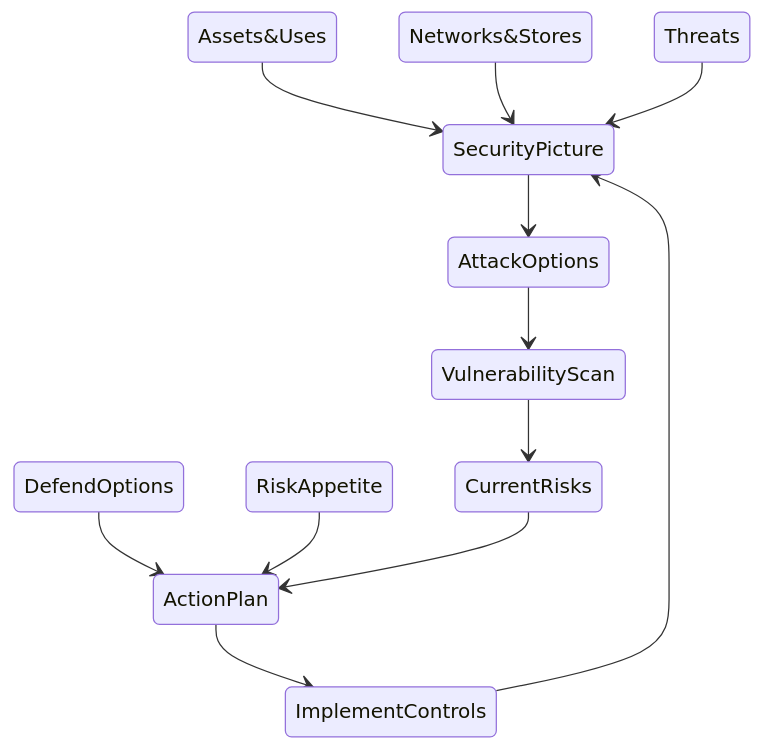
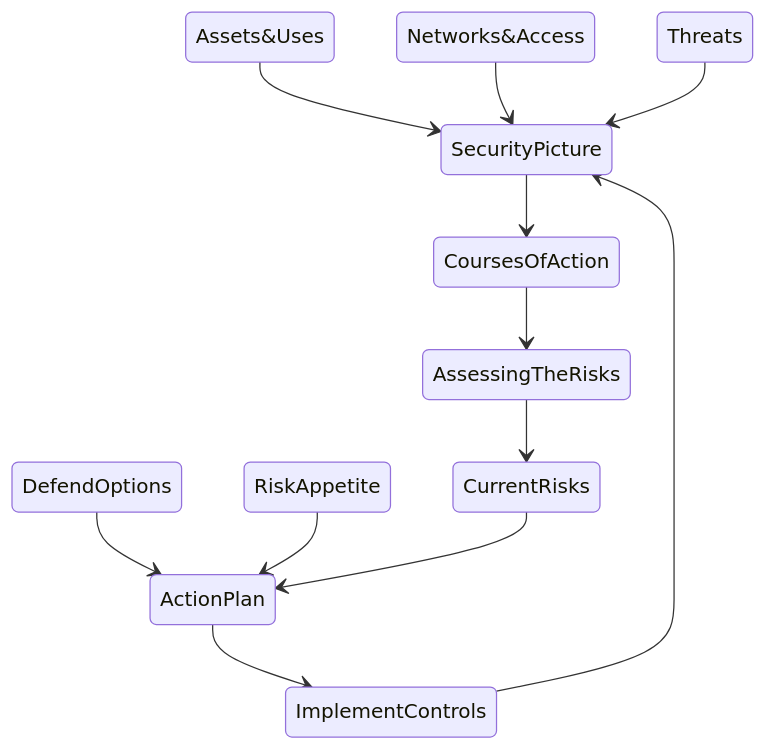
One commit to SecureByDesign-Playbook/SecureByDesign-Playbook changed the diagram in Playbook.md. Above: the diagram before and after it, drawn with Mermaid. The commit also changed other lines of this file and 18 other files, not shown here.

````diff
--- a/Playbook.md
+++ b/Playbook.md
@@ -17,17 +17,17 @@
 ```mermaid
 stateDiagram
    Assets&Uses --> SecurityPicture
-   Networks&Stores --> SecurityPicture
+   Networks&Access --> SecurityPicture
    Threats --> SecurityPicture
 
-   SecurityPicture --> AttackOptions
-   AttackOptions --> VulnerabilityScan
-   VulnerabilityScan --> CurrentRisks
+   SecurityPicture --> CoursesOfAction
+   CoursesOfAction --> AssessingTheRisks
+   AssessingTheRisks --> CurrentRisks
    DefendOptions --> ActionPlan
    RiskAppetite --> ActionPlan
    CurrentRisks --> ActionPlan
    ActionPlan --> ImplementControls
    ImplementControls --> SecurityPicture
 
 
 ```
````
